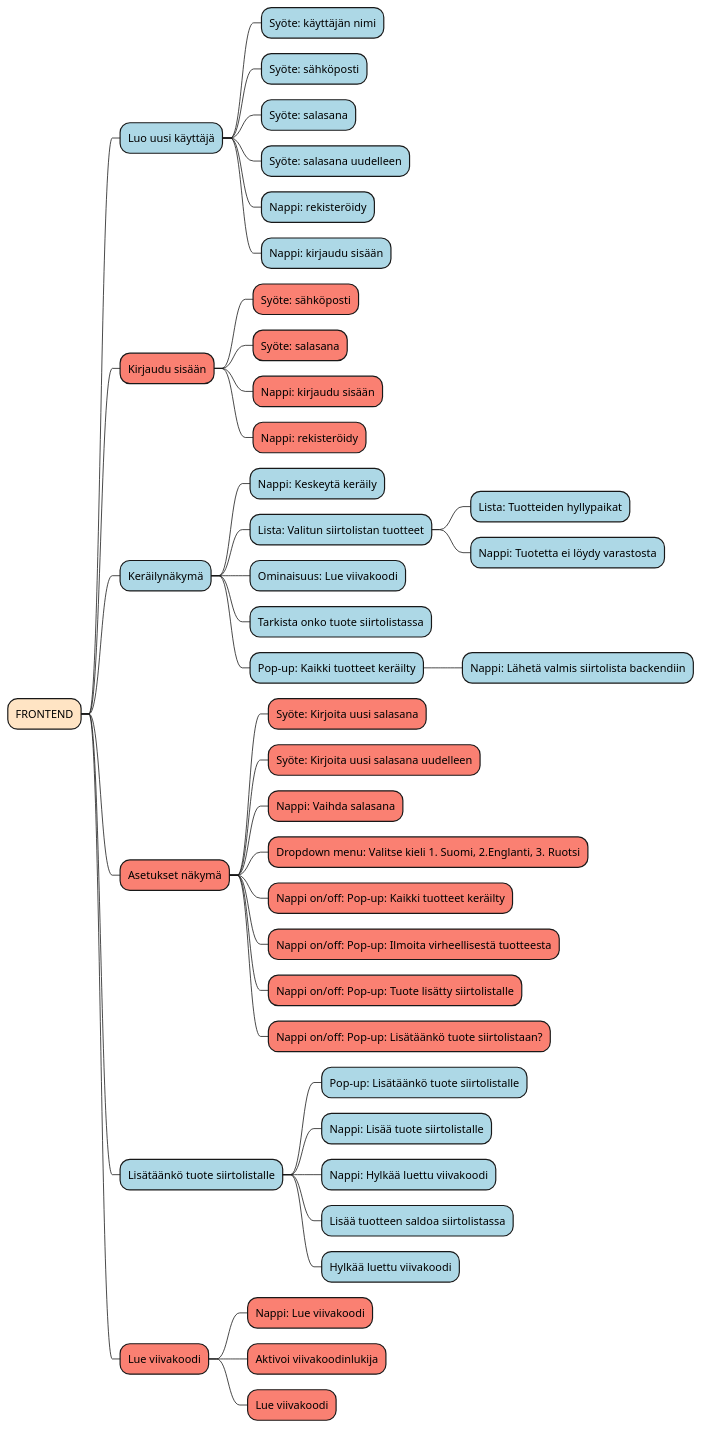
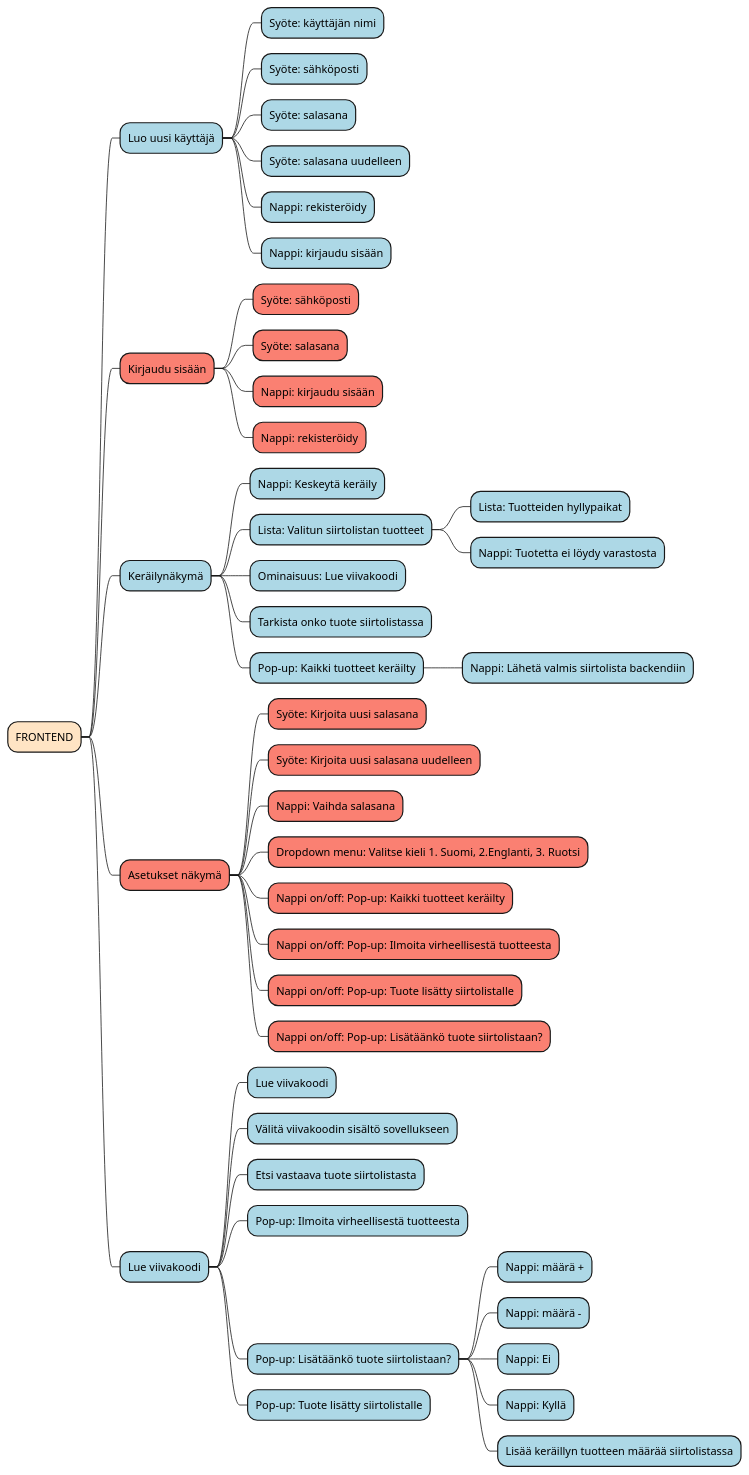
The first of 2 diagrams in requirements/vaatimusmaarittely.md (Pipe80/Varastonhallintasovellus), drawn with PlantUML before and after one commit.

Commit message:
Removed 'Lisätäänkö tuote siirtolistalle' -feature and added new functionalities to 'Lue viivakoodi' -feature in Frontend mindmap.

````diff
--- a/requirements/vaatimusmaarittely.md
+++ b/requirements/vaatimusmaarittely.md
@@ -71,45 +71,47 @@
 ```plantuml
 @startmindmap
 +[#Bisque] FRONTEND
 ++[#LightBlue] Luo uusi käyttäjä
 +++[#LightBlue] Syöte: käyttäjän nimi
 +++[#LightBlue] Syöte: sähköposti
 +++[#LightBlue] Syöte: salasana
 +++[#LightBlue] Syöte: salasana uudelleen
 +++[#LightBlue] Nappi: rekisteröidy
 +++[#LightBlue] Nappi: kirjaudu sisään
 ++[#Salmon] Kirjaudu sisään
 +++[#Salmon] Syöte: sähköposti
 +++[#Salmon] Syöte: salasana
 +++[#Salmon] Nappi: kirjaudu sisään
 +++[#Salmon] Nappi: rekisteröidy
 ++[#LightBlue] Keräilynäkymä
 +++[#LightBlue] Nappi: Keskeytä keräily
 +++[#LightBlue] Lista: Valitun siirtolistan tuotteet
 ++++[#LightBlue] Lista: Tuotteiden hyllypaikat
 ++++[#LightBlue] Nappi: Tuotetta ei löydy varastosta
 +++[#LightBlue] Ominaisuus: Lue viivakoodi
 +++[#LightBlue] Tarkista onko tuote siirtolistassa
 +++[#LightBlue] Pop-up: Kaikki tuotteet keräilty
 ++++[#LightBlue] Nappi: Lähetä valmis siirtolista backendiin
 ++[#Salmon] Asetukset näkymä
 +++[#Salmon] Syöte: Kirjoita uusi salasana
 +++[#Salmon] Syöte: Kirjoita uusi salasana uudelleen
 +++[#Salmon] Nappi: Vaihda salasana
 +++[#Salmon] Dropdown menu: Valitse kieli 1. Suomi, 2.Englanti, 3. Ruotsi
 +++[#Salmon] Nappi on/off: Pop-up: Kaikki tuotteet keräilty
 +++[#Salmon] Nappi on/off: Pop-up: Ilmoita virheellisestä tuotteesta
 +++[#Salmon] Nappi on/off: Pop-up: Tuote lisätty siirtolistalle
 +++[#Salmon] Nappi on/off: Pop-up: Lisätäänkö tuote siirtolistaan?
-++[#LightBlue] Lisätäänkö tuote siirtolistalle
-+++[#LightBlue] Pop-up: Lisätäänkö tuote siirtolistalle
-+++[#LightBlue] Nappi: Lisää tuote siirtolistalle
-+++[#LightBlue] Nappi: Hylkää luettu viivakoodi
-+++[#LightBlue] Lisää tuotteen saldoa siirtolistassa
-+++[#LightBlue] Hylkää luettu viivakoodi
-++[#Salmon] Lue viivakoodi
-+++[#Salmon] Nappi: Lue viivakoodi
-+++[#Salmon] Aktivoi viivakoodinlukija
-+++[#Salmon] Lue viivakoodi
+++[#LightBlue] Lue viivakoodi
++++[#LightBlue] Lue viivakoodi
++++[#LightBlue] Välitä viivakoodin sisältö sovellukseen
++++[#LightBlue] Etsi vastaava tuote siirtolistasta
++++[#LightBlue] Pop-up: Ilmoita virheellisestä tuotteesta
++++[#LightBlue] Pop-up: Lisätäänkö tuote siirtolistaan?
+++++[#LightBlue] Nappi: määrä +
+++++[#LightBlue] Nappi: määrä -
+++++[#LightBlue] Nappi: Ei
+++++[#LightBlue] Nappi: Kyllä
+++++[#LightBlue] Lisää keräillyn tuotteen määrää siirtolistassa
++++[#LightBlue] Pop-up: Tuote lisätty siirtolistalle
 @endmindmap
 ```
````
